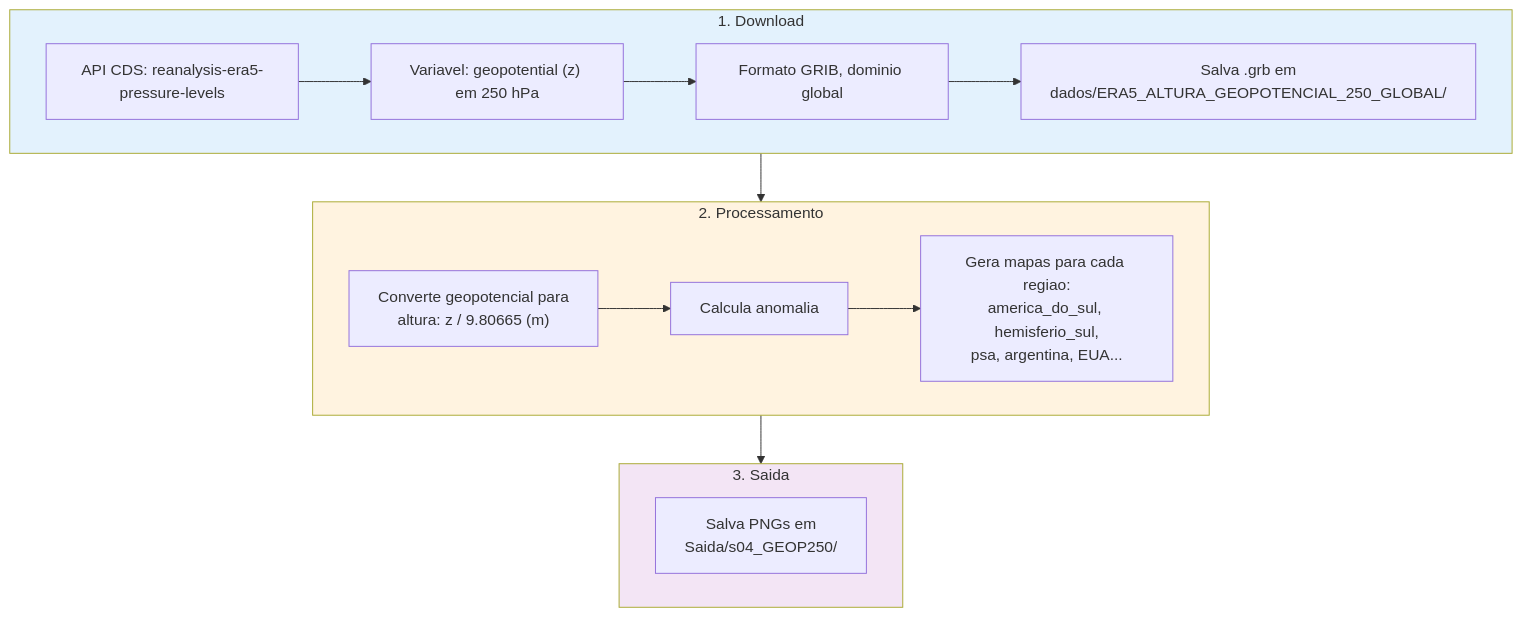
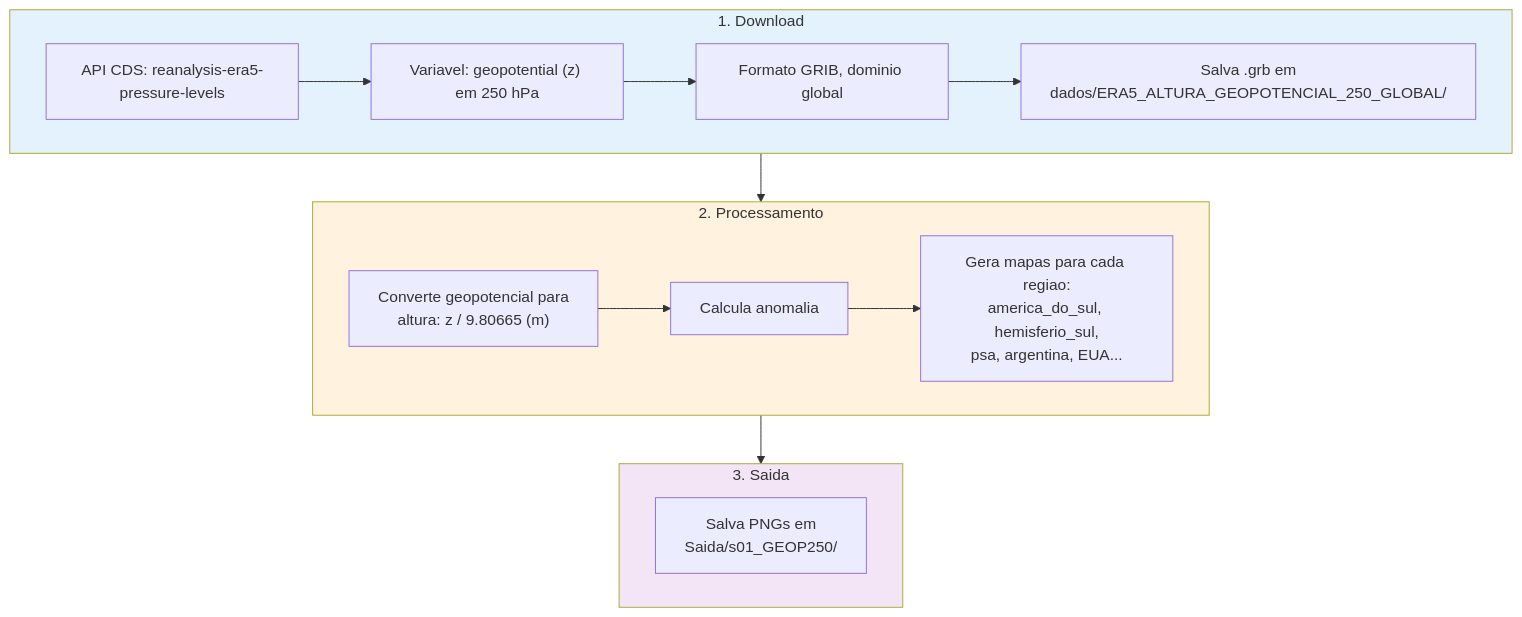
One commit to capucinbruno/campos_e_graficos_artigos_cientificos changed the third of 5 diagrams in README.md. Above: the diagram before and after it, drawn with Mermaid. The commit also changed other lines of this file and 18 other files, not shown here.

````diff
--- a/README.md
+++ b/README.md
@@ -138,23 +138,23 @@
 ```mermaid
 flowchart TD
     subgraph download ["1. Download"]
         A1["API CDS: reanalysis-era5-pressure-levels"] --> A2["Variavel: geopotential (z) em 250 hPa"]
         A2 --> A3["Formato GRIB, dominio global"]
         A3 --> A4["Salva .grb em<br/>dados/ERA5_ALTURA_GEOPOTENCIAL_250_GLOBAL/"]
     end
 
     subgraph process ["2. Processamento"]
         B1["Converte geopotencial para<br/>altura: z / 9.80665 (m)"] --> B2["Calcula anomalia"]
         B2 --> B3["Gera mapas para cada regiao:<br/>america_do_sul, hemisferio_sul,<br/>psa, argentina, EUA..."]
     end
 
     subgraph output ["3. Saida"]
-        C1["Salva PNGs em<br/>Saida/s04_GEOP250/"]
+        C1["Salva PNGs em<br/>Saida/s01_GEOP250/"]
     end
 
     download --> process --> output
 
     style download fill:#E3F2FD
     style process fill:#FFF3E0
     style output fill:#F3E5F5
 ```
````
